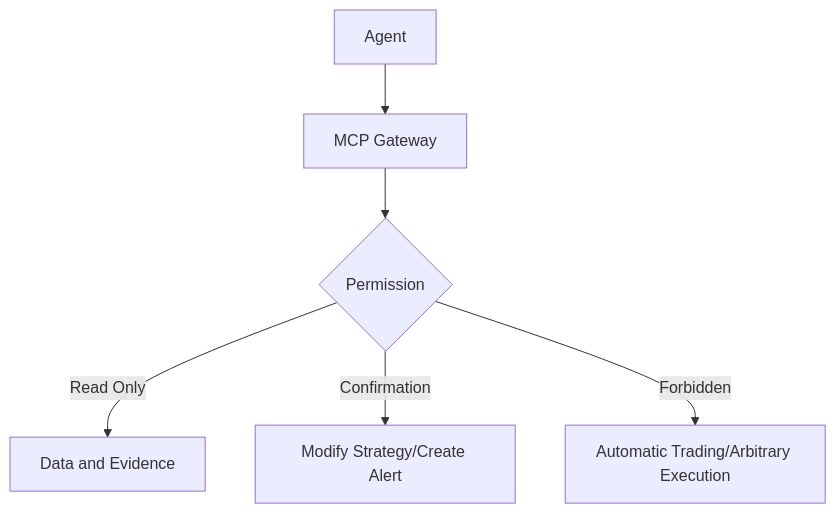
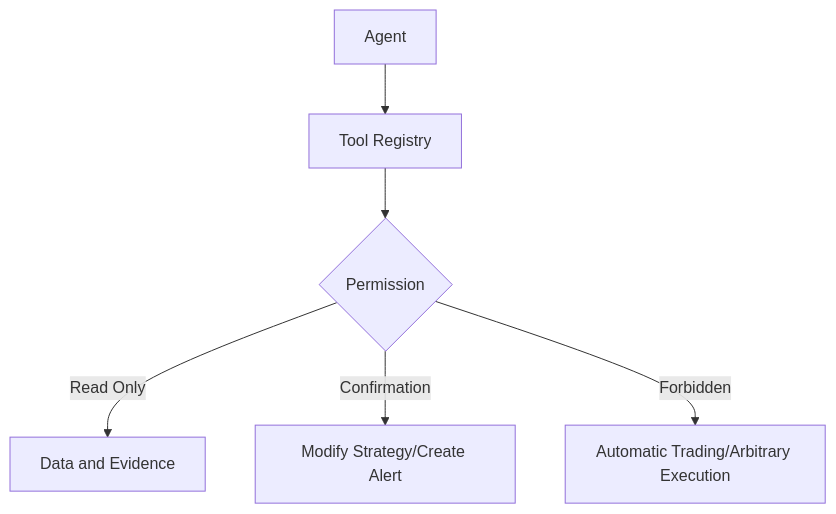
One commit to RickyW0529/Margin changed diagram 12 of 20 in docs/design/v0.1/architecture/Margin_Architecture_Design_v0.1_EN.md. Above: the diagram before and after it, drawn with Mermaid. The commit also changed other lines of this file and 64 other files, not shown here.

````diff
--- a/docs/design/v0.1/architecture/Margin_Architecture_Design_v0.1_EN.md
+++ b/docs/design/v0.1/architecture/Margin_Architecture_Design_v0.1_EN.md
@@ -475,8 +465,8 @@
 ```mermaid
 flowchart TD
-    A[Agent] --> B[MCP Gateway]
+    A[Agent] --> B[Tool Registry]
     B --> C{Permission}
     C -->|Read Only| D[Data and Evidence]
     C -->|Confirmation| E[Modify Strategy/Create Alert]
     C -->|Forbidden| F[Automatic Trading/Arbitrary Execution]
 ```
````
